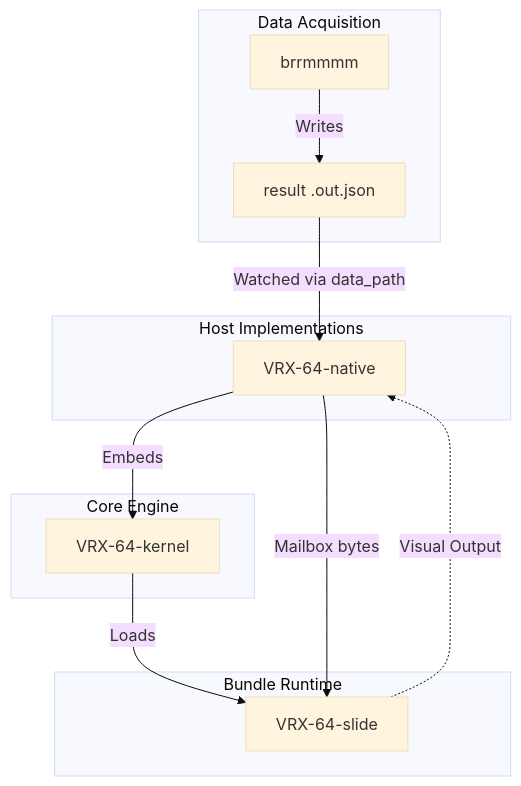
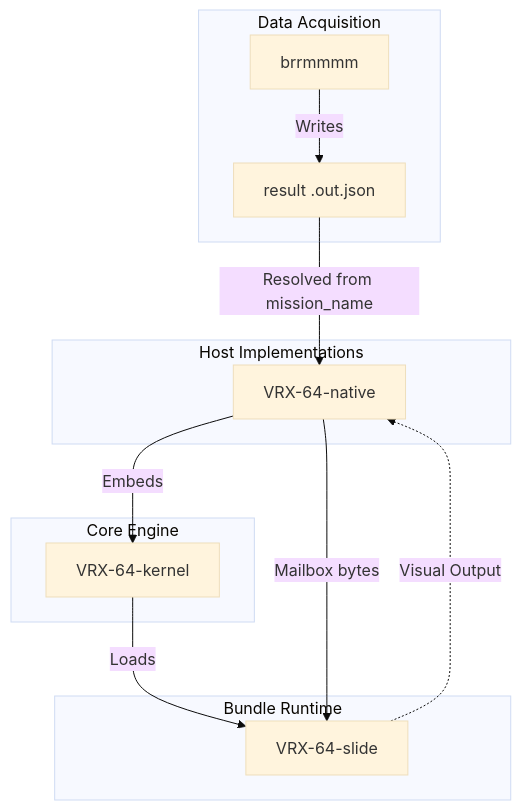
Before and after one commit to vzglyd/VRX-64: the diagram in README.md, drawn with Mermaid (base theme). The commit also changed other lines of this file, not shown here.

````diff
--- a/README.md
+++ b/README.md
@@ -52,26 +67,26 @@
 ```mermaid
 graph TD
     subgraph "Host Implementations"
         Native[VRX-64-native]
     end
 
     subgraph "Core Engine"
         Kernel[VRX-64-kernel]
     end
 
     subgraph "Bundle Runtime"
         Slide[VRX-64-slide]
     end
 
     subgraph "Data Acquisition"
         Brrmmmm[brrmmmm]
         ResultFile[result .out.json]
     end
 
     Native -->|Embeds| Kernel
     Kernel -->|Loads| Slide
     Slide -.->|Visual Output| Native
     Brrmmmm -->|Writes| ResultFile
-    ResultFile -->|Watched via data_path| Native
+    ResultFile -->|Resolved from mission_name| Native
     Native -->|Mailbox bytes| Slide
 ```
````
